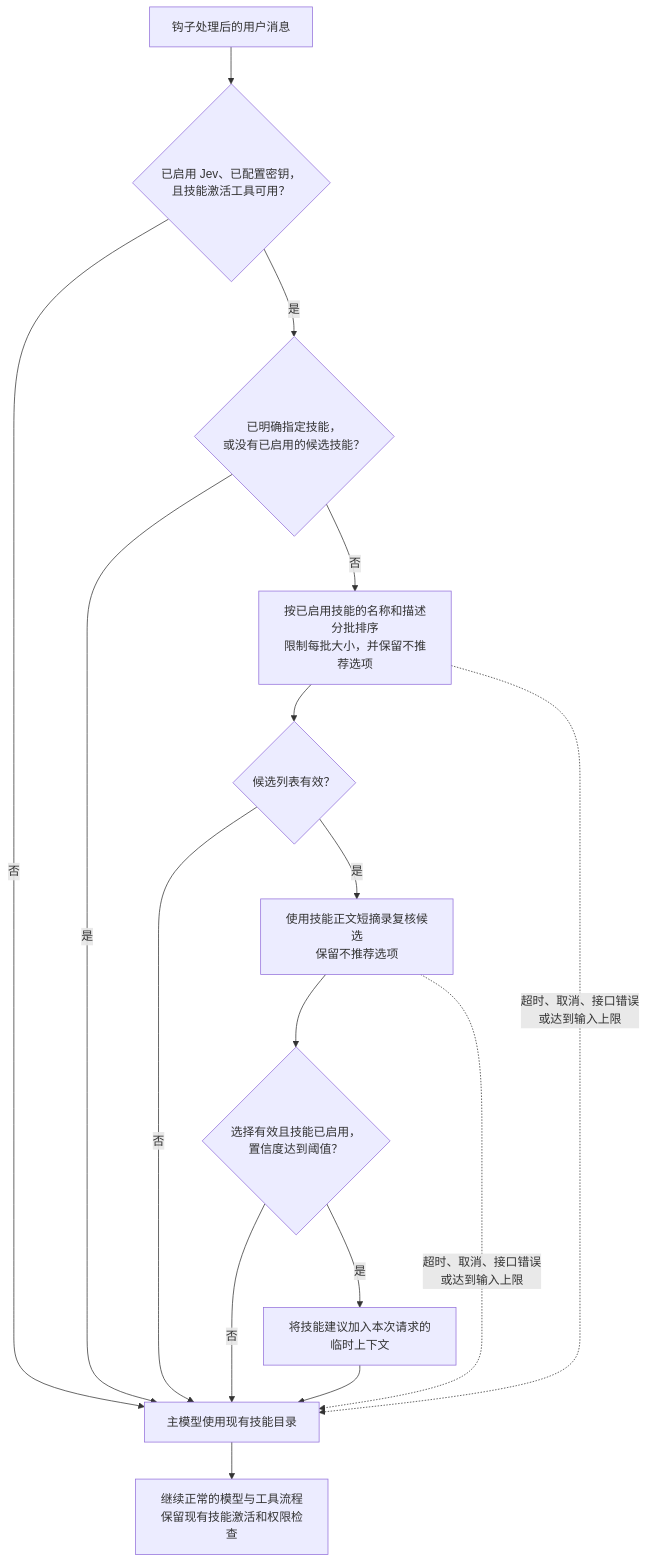
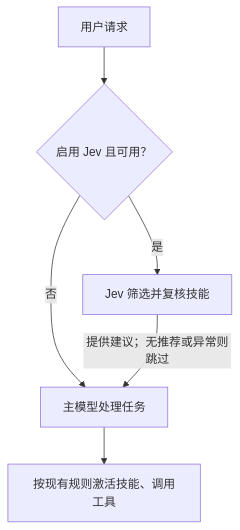
Before and after one commit to jin-bo/agentao: the diagram in docs/guides/jev-skills.md, drawn with Mermaid. The commit also changed 1 other file, not shown here.

Commit message:
docs: simplify Jev overview flowcharts

````diff
--- a/docs/guides/jev-skills.md
+++ b/docs/guides/jev-skills.md
@@ -25,18 +25,8 @@
 ```mermaid
 flowchart TD
-    A["钩子处理后的用户消息"] --> B{"已启用 Jev、已配置密钥，<br/>且技能激活工具可用？"}
-    B -->|否| M["主模型使用现有技能目录"]
-    B -->|是| C{"已明确指定技能，<br/>或没有已启用的候选技能？"}
-    C -->|是| M
-    C -->|否| D["按已启用技能的名称和描述分批排序<br/>限制每批大小，并保留不推荐选项"]
-    D --> E{"候选列表有效？"}
-    E -->|否| M
-    E -->|是| F["使用技能正文短摘录复核候选<br/>保留不推荐选项"]
-    F --> G{"选择有效且技能已启用，<br/>置信度达到阈值？"}
-    G -->|否| M
-    G -->|是| H["将技能建议加入本次请求的临时上下文"]
-    H --> M
-    D -. "超时、取消、接口错误<br/>或达到输入上限" .-> M
-    F -. "超时、取消、接口错误<br/>或达到输入上限" .-> M
-    M --> I["继续正常的模型与工具流程<br/>保留现有技能激活和权限检查"]
+    A["用户请求"] --> B{"启用 Jev 且可用？"}
+    B -->|是| C["Jev 筛选并复核技能"]
+    B -->|否| D["主模型处理任务"]
+    C -->|提供建议；无推荐或异常则跳过| D
+    D --> E["按现有规则激活技能、调用工具"]
 ```
````
